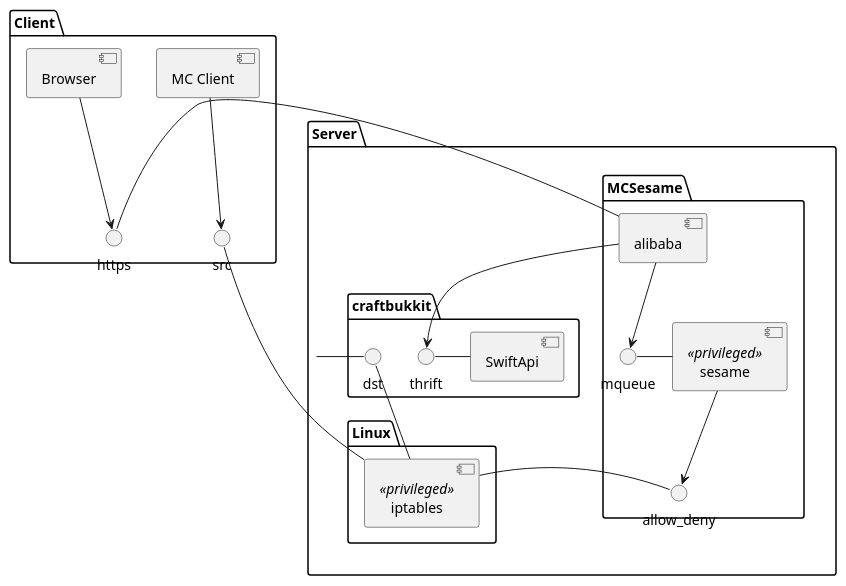
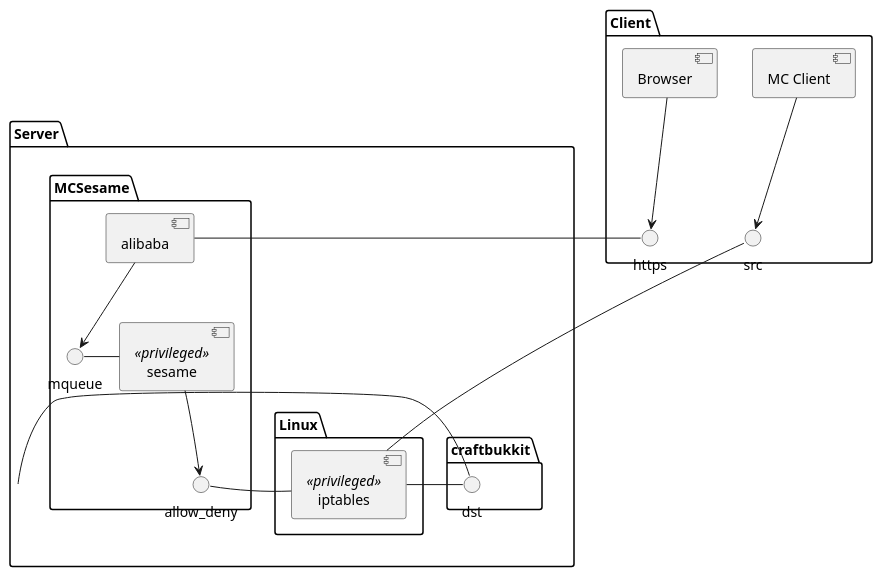
One commit to wendlers/mcsesame changed the diagram in doc/uml/mcsesame_components.puml. Above: the diagram before and after it, drawn with PlantUML. The commit also changed 17 other files, not shown here.

Commit message:
Removed SwiftApi and calls into MC-Server due to instability issues.

```diff
--- a/doc/uml/mcsesame_components.puml
+++ b/doc/uml/mcsesame_components.puml
@@ -1,30 +1,28 @@
 @startuml
 
 package "Client" {
     [MC Client] --> src
     [Browser] --> https
 }
 
 package "Server" {
     package "craftbukkit" {
-        thrift - [SwiftApi]
         dst - [Server]
 
     }
     package "MCSesame" {
         https - [alibaba]
-        [alibaba] --> thrift
         [alibaba] --> mqueue
         mqueue - [sesame]
         [sesame] <<privileged>>
         [sesame] --> allow_deny
     }
     package "Linux" {
         [iptables] <<privileged>>
         allow_deny - [iptables]
         dst - [iptables]
         src - [iptables]
     }
 }
 
 @enduml
```
